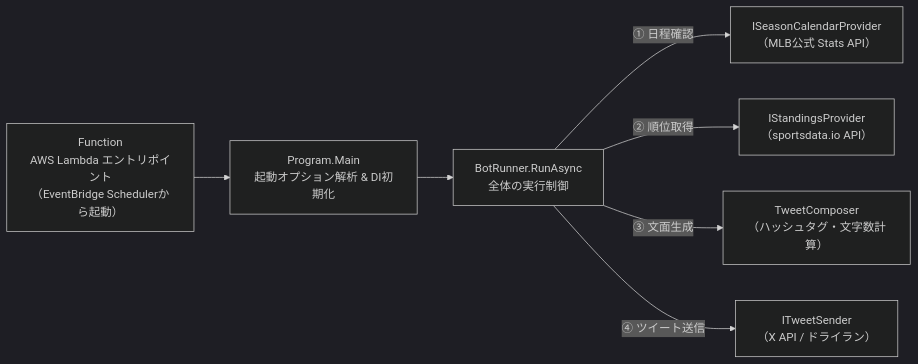
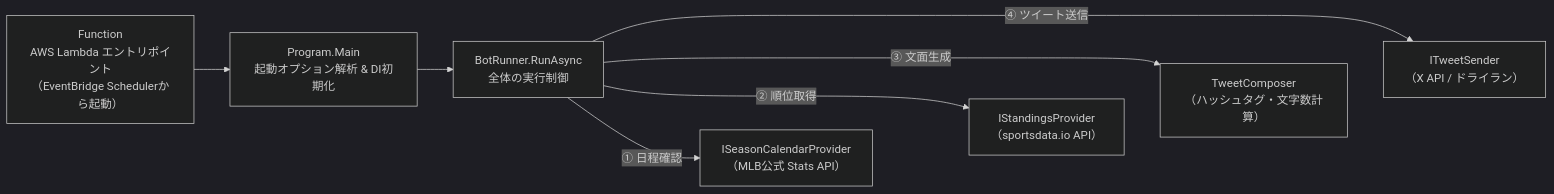
One commit to shin4488/MlbBot changed the second of 7 diagrams in docs/development.md. Above: the diagram before and after it, drawn with Mermaid (dark theme). The commit also changed other lines of this file, not shown here.

Commit message:
docs: Mermaid図で①を②の上、③を④の上の配置に固定

````diff
--- a/docs/development.md
+++ b/docs/development.md
@@ -90,13 +90,15 @@
 ```mermaid
 flowchart LR
     F["Function<br>AWS Lambda エントリポイント<br>（EventBridge Schedulerから起動）"] --> P["Program.Main<br>起動オプション解析 & DI初期化"]
     P --> R["BotRunner.RunAsync<br>全体の実行制御"]
     R -->|① 日程確認| Cal["ISeasonCalendarProvider<br>（MLB公式 Stats API）"]
     R -->|② 順位取得| Std["IStandingsProvider<br>（sportsdata.io API）"]
     R -->|③ 文面生成| Comp["TweetComposer<br>（ハッシュタグ・文字数計算）"]
     R -->|④ ツイート送信| Send["ITweetSender<br>（X API / ドライラン）"]
 
+    Cal ~~~ Std ~~~ Comp ~~~ Send
+
     click F "../TwitterMlbBotExecution/src/TwitterMlbBotExecution/Function.cs"
     click P "../TwitterMlbBot/Program.cs"
     click R "../TwitterMlbBot/BotRunner.cs"
 ```
````
